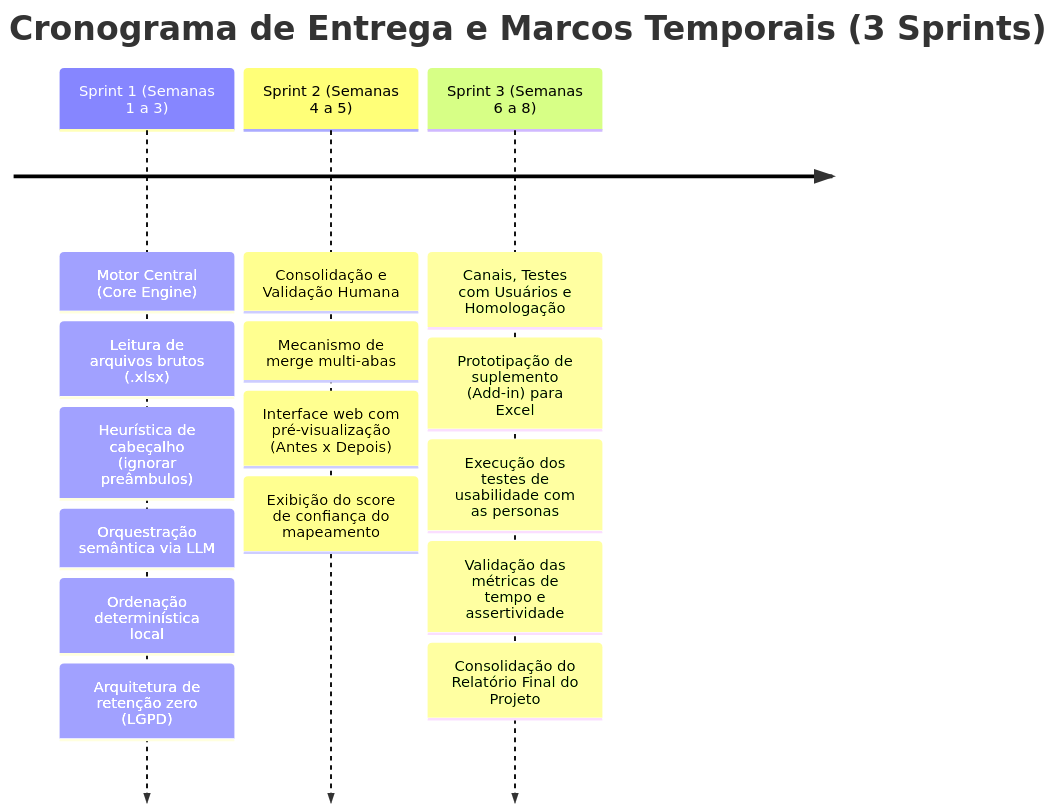
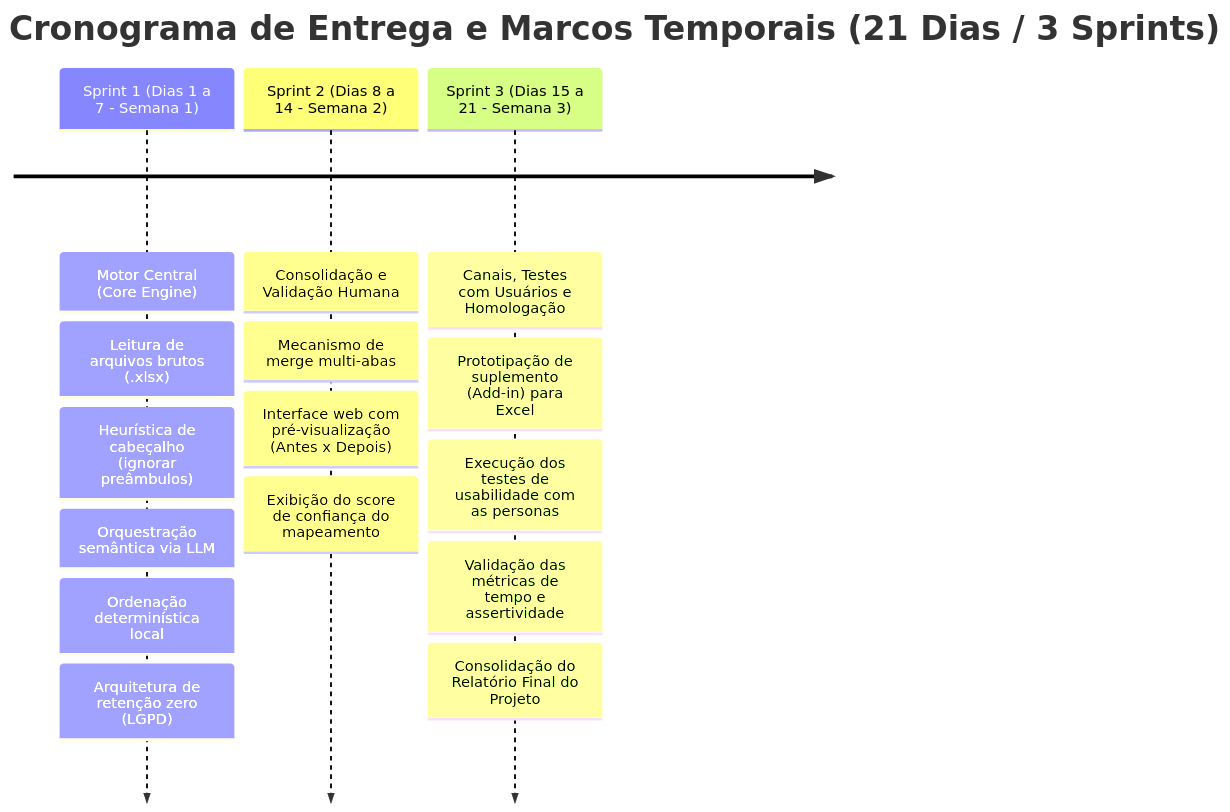
The diagram in objetivo_smart_projeto.md (NewtonJoaquim/Organizer), drawn with Mermaid before and after one commit. The commit also changed other lines of this file and 4 other files, not shown here.

````diff
--- a/objetivo_smart_projeto.md
+++ b/objetivo_smart_projeto.md
@@ -119,19 +119,19 @@
 ```mermaid
 timeline
-    title Cronograma de Entrega e Marcos Temporais (3 Sprints)
-    Sprint 1 (Semanas 1 a 3) : Motor Central (Core Engine)
+    title Cronograma de Entrega e Marcos Temporais (21 Dias / 3 Sprints)
+    Sprint 1 (Dias 1 a 7 - Semana 1) : Motor Central (Core Engine)
                              : Leitura de arquivos brutos (.xlsx)
                              : Heurística de cabeçalho (ignorar preâmbulos)
                              : Orquestração semântica via LLM
                              : Ordenação determinística local
                              : Arquitetura de retenção zero (LGPD)
-    Sprint 2 (Semanas 4 a 5) : Consolidação e Validação Humana
+    Sprint 2 (Dias 8 a 14 - Semana 2) : Consolidação e Validação Humana
                              : Mecanismo de merge multi-abas
                              : Interface web com pré-visualização (Antes x Depois)
                              : Exibição do score de confiança do mapeamento
-    Sprint 3 (Semanas 6 a 8) : Canais, Testes com Usuários e Homologação
+    Sprint 3 (Dias 15 a 21 - Semana 3) : Canais, Testes com Usuários e Homologação
                              : Prototipação de suplemento (Add-in) para Excel
                              : Execução dos testes de usabilidade com as personas
                              : Validação das métricas de tempo e assertividade
                              : Consolidação do Relatório Final do Projeto
 ```
````
